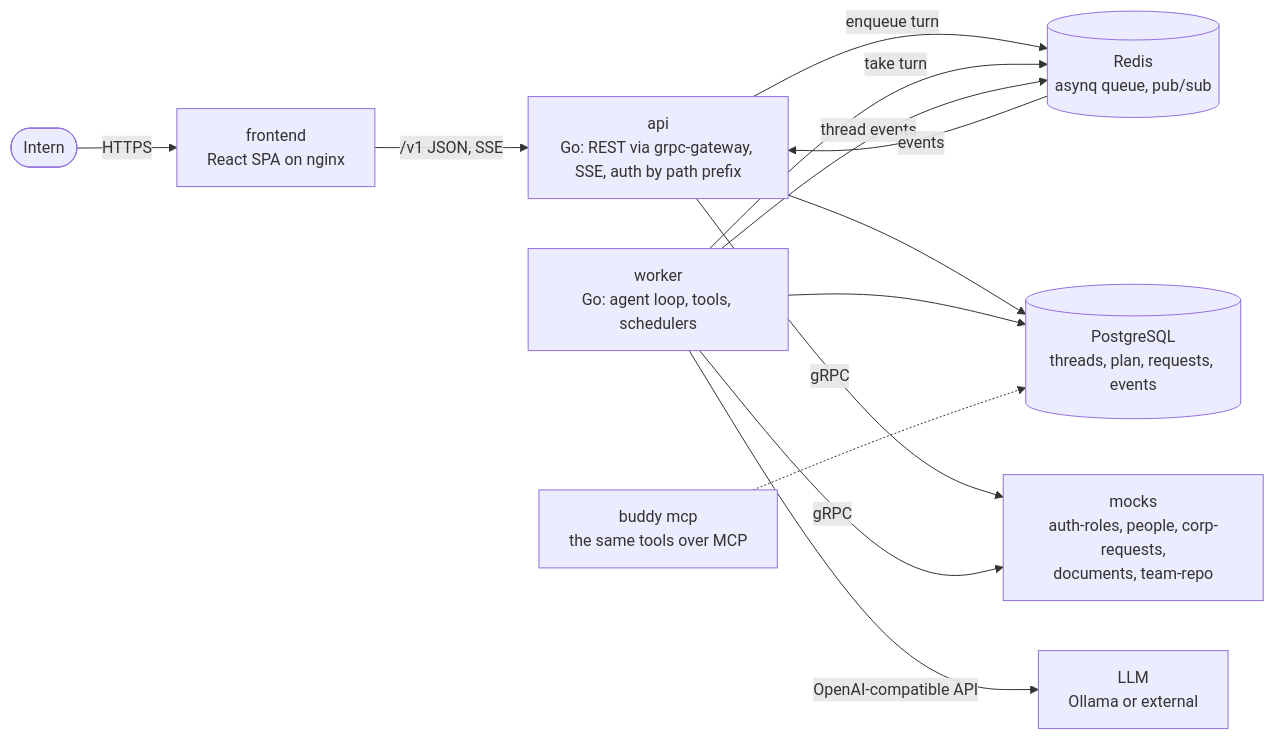
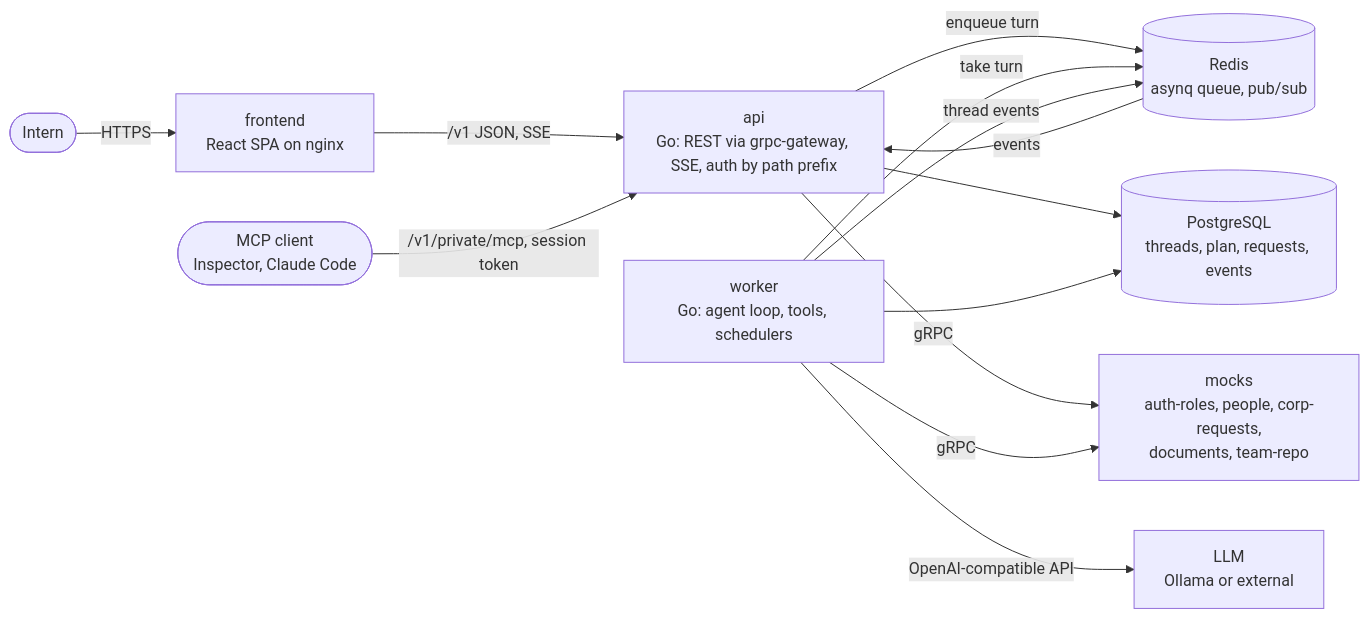
One commit to Long-Honey-Road/mon-europeenne changed the first of 2 diagrams in README.md. Above: the diagram before and after it, drawn with Mermaid. The commit also changed other lines of this file, not shown here.

Commit message:
Describe MCP over HTTP with Inspector steps in the README

````diff
--- a/README.md
+++ b/README.md
@@ -83,15 +83,15 @@
 ```mermaid
 flowchart LR
   intern([Intern]) -->|HTTPS| web["frontend<br/>React SPA on nginx"]
   web -->|"/v1 JSON, SSE"| api["api<br/>Go: REST via grpc-gateway, SSE, auth by path prefix"]
   api -->|enqueue turn| redis[("Redis<br/>asynq queue, pub/sub")]
   worker["worker<br/>Go: agent loop, tools, schedulers"] -->|take turn| redis
   worker -->|thread events| redis
   redis -->|events| api
   api --> pg[("PostgreSQL<br/>threads, plan, requests, events")]
   worker --> pg
   worker -->|OpenAI-compatible API| llm["LLM<br/>Ollama or external"]
   api -->|gRPC| mocks["mocks<br/>auth-roles, people, corp-requests,<br/>documents, team-repo"]
   worker -->|gRPC| mocks
-  mcp["buddy mcp<br/>the same tools over MCP"] -.-> pg
+  mcpc(["MCP client<br/>Inspector, Claude Code"]) -->|"/v1/private/mcp, session token"| api
 ```
````
